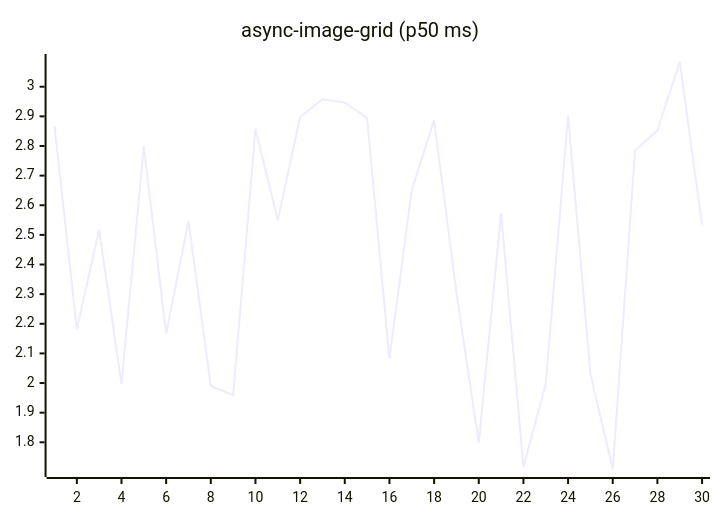
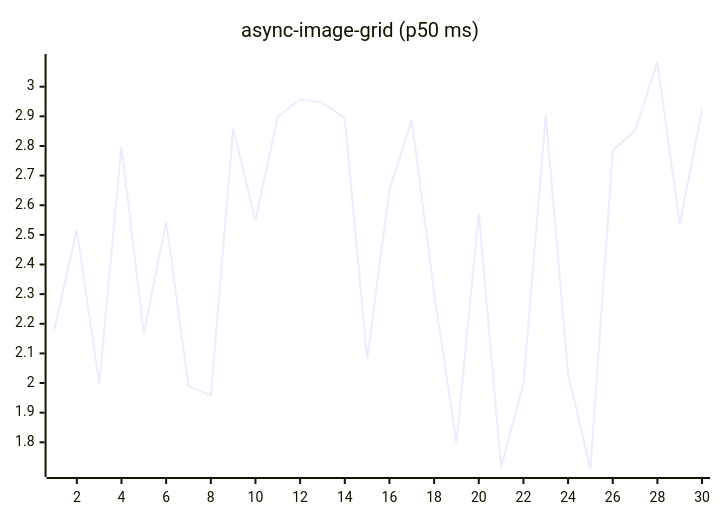
Before and after one commit to josha/Facet: the fifth of 27 diagrams in README.md, drawn with Mermaid. The commit also changed other lines of this file and 2 other files, not shown here.

````diff
--- a/README.md
+++ b/README.md
@@ -91,6 +91,6 @@
 ```mermaid
 xychart-beta
     title "async-image-grid (p50 ms)"
     x-axis 1 --> 30
-    line [2.8674, 2.1819, 2.5171, 1.9970, 2.7988, 2.1671, 2.5459, 1.9906, 1.9586, 2.8577, 2.5497, 2.8980, 2.9576, 2.9463, 2.8940, 2.0815, 2.6515, 2.8871, 2.3060, 1.7979, 2.5726, 1.7163, 1.9964, 2.9032, 2.0307, 1.7099, 2.7848, 2.8523, 3.0834, 2.5349]
+    line [2.1819, 2.5171, 1.9970, 2.7988, 2.1671, 2.5459, 1.9906, 1.9586, 2.8577, 2.5497, 2.8980, 2.9576, 2.9463, 2.8940, 2.0815, 2.6515, 2.8871, 2.3060, 1.7979, 2.5726, 1.7163, 1.9964, 2.9032, 2.0307, 1.7099, 2.7848, 2.8523, 3.0834, 2.5349, 2.9237]
 ```
````
